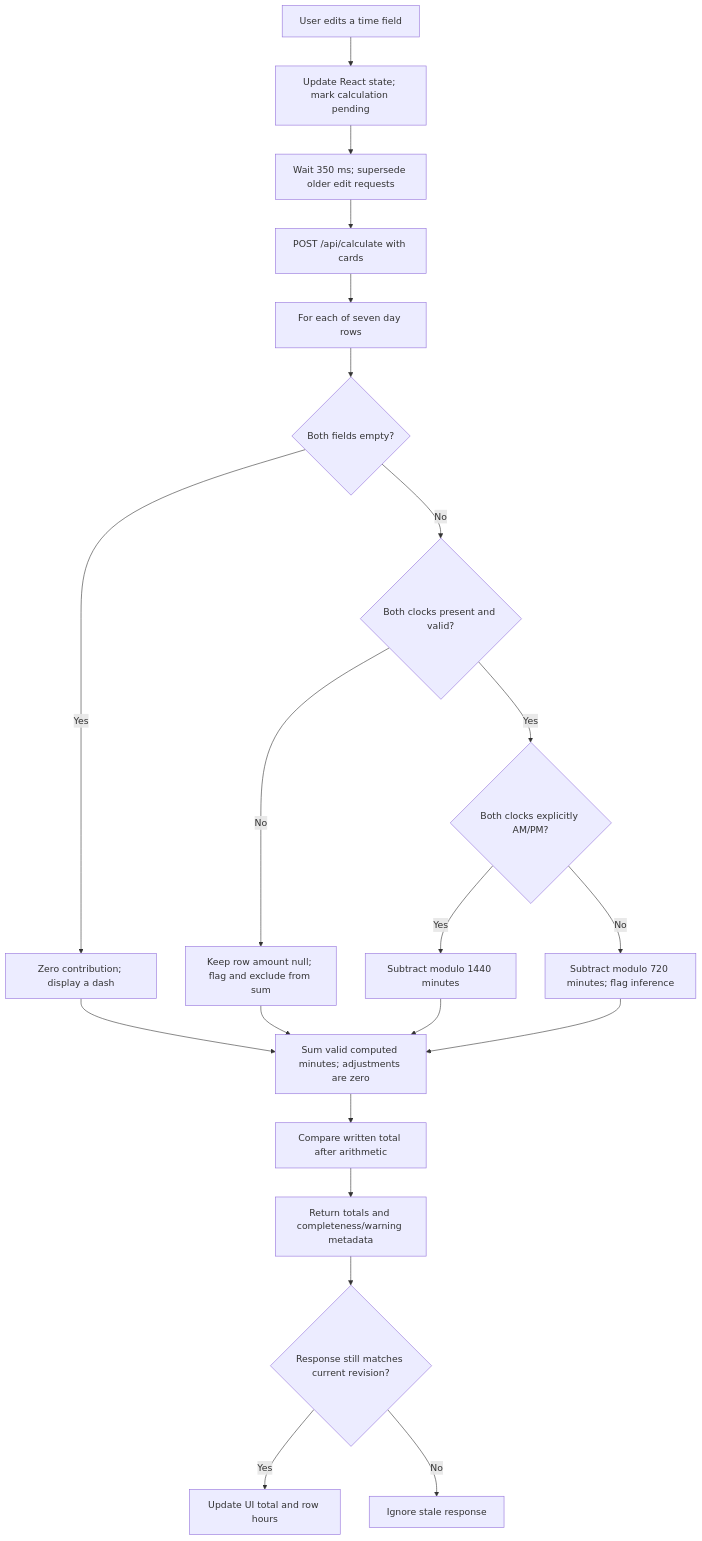
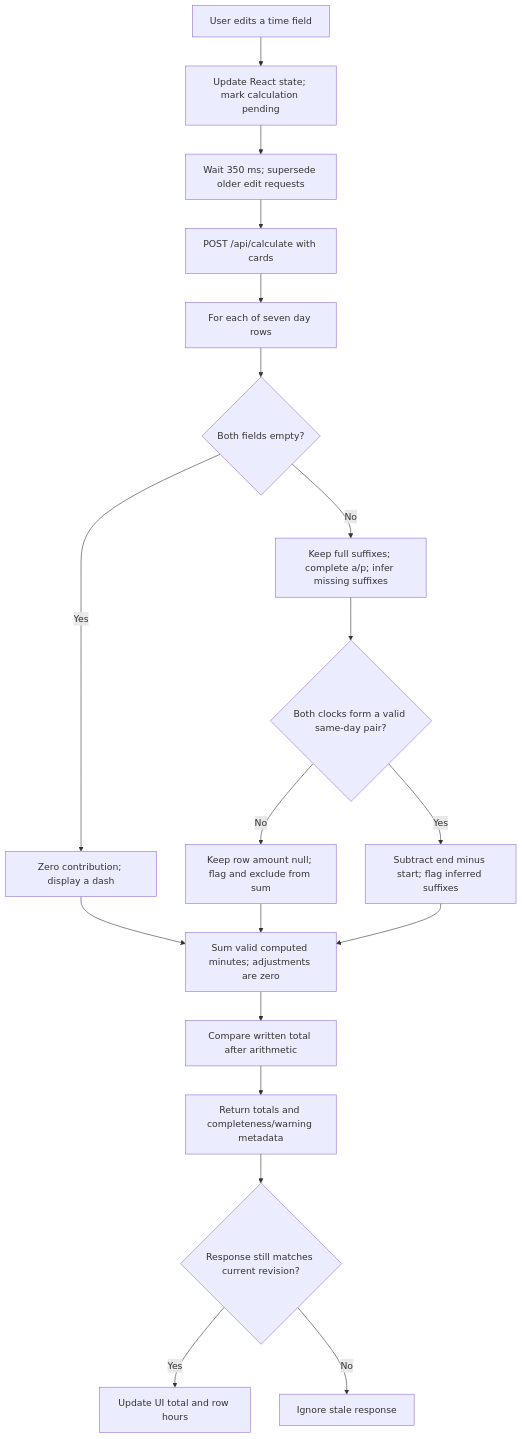
One commit to taha59/timecard_scanner_ocr changed the seventh of 8 diagrams in docs/FLOW_DIAGRAMS.md. Above: the diagram before and after it, drawn with Mermaid. The commit also changed other lines of this file and 12 other files, not shown here.

Commit message:
Add configurable missing AM/PM inference with auditable same-day rules

````diff
--- a/docs/FLOW_DIAGRAMS.md
+++ b/docs/FLOW_DIAGRAMS.md
@@ -219,23 +219,21 @@
 ```mermaid
 flowchart TD
     Edit[User edits a time field] --> Pending[Update React state; mark calculation pending]
     Pending --> Debounce[Wait 350 ms; supersede older edit requests]
     Debounce --> API[POST /api/calculate with cards]
     API --> Day[For each of seven day rows]
     Day --> Empty{Both fields empty?}
     Empty -->|Yes| Zero[Zero contribution; display a dash]
-    Empty -->|No| Valid{Both clocks present and valid?}
+    Empty -->|No| Infer[Keep full suffixes; complete a/p; infer missing suffixes]
+    Infer --> Valid{Both clocks form a valid same-day pair?}
     Valid -->|No| Exclude[Keep row amount null; flag and exclude from sum]
-    Valid -->|Yes| Explicit{Both clocks explicitly AM/PM?}
-    Explicit -->|Yes| FullDay[Subtract modulo 1440 minutes]
-    Explicit -->|No| HalfDay[Subtract modulo 720 minutes; flag inference]
+    Valid -->|Yes| Interval[Subtract end minus start; flag inferred suffixes]
     Zero --> Sum[Sum valid computed minutes; adjustments are zero]
     Exclude --> Sum
-    FullDay --> Sum
-    HalfDay --> Sum
+    Interval --> Sum
     Sum --> Check[Compare written total after arithmetic]
     Check --> Reply[Return totals and completeness/warning metadata]
     Reply --> Latest{Response still matches current revision?}
     Latest -->|Yes| Display[Update UI total and row hours]
     Latest -->|No| Ignore[Ignore stale response]
 ```
````
